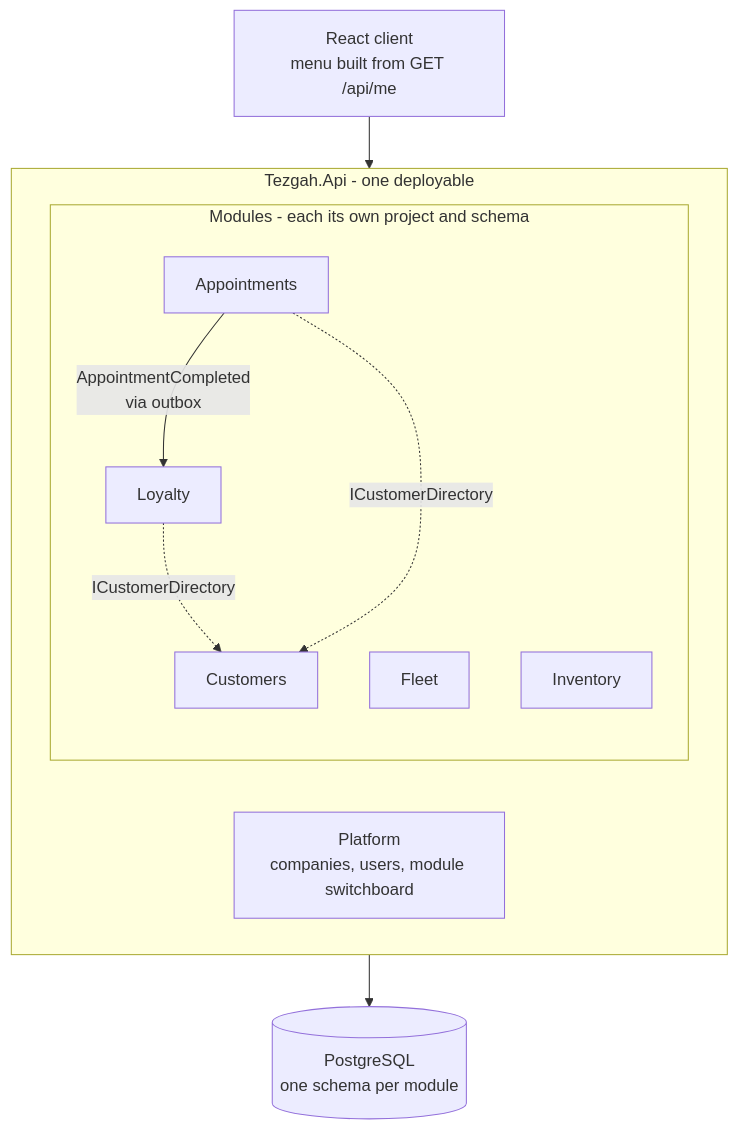
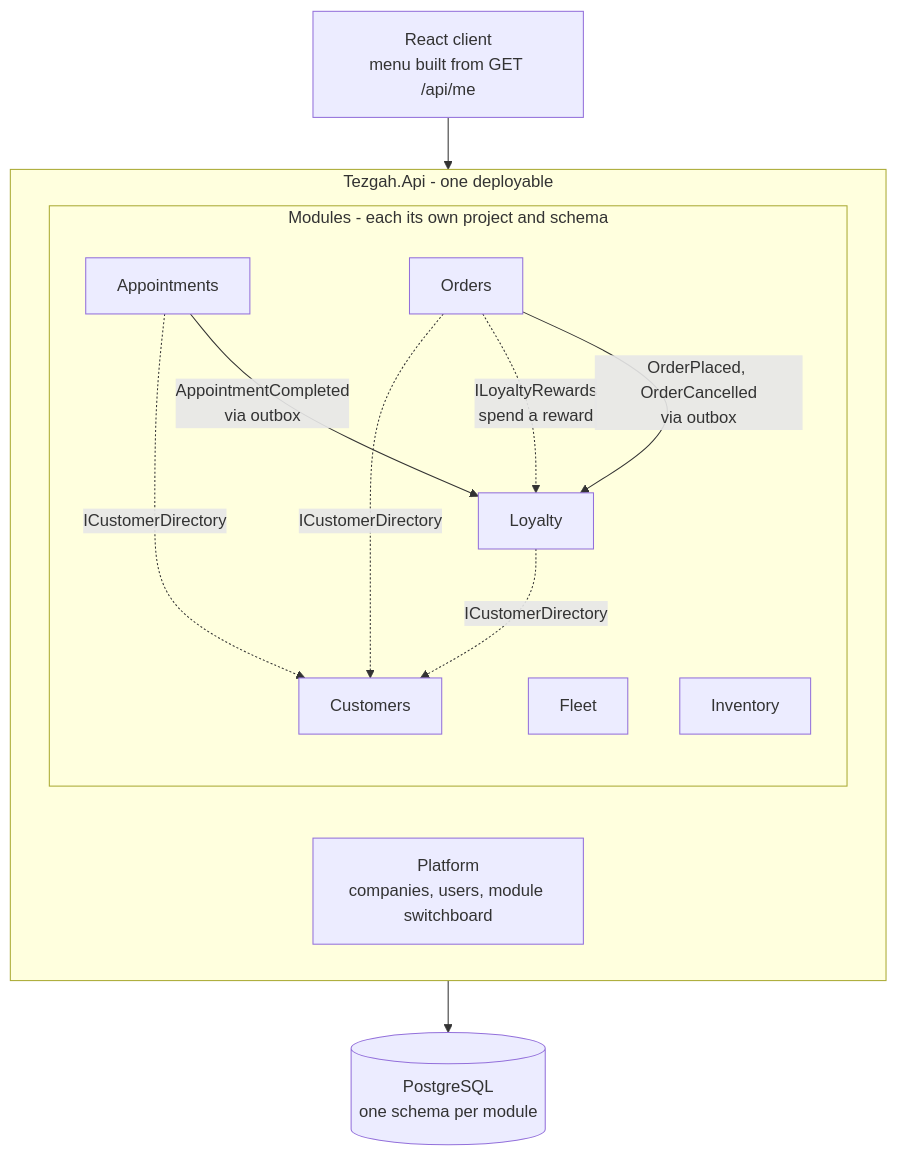
Before and after one commit to emrecanAy/tezgah: the diagram in README.md, drawn with Mermaid. The commit also changed other lines of this file and 2 other files, not shown here.

````diff
--- a/README.md
+++ b/README.md
@@ -76,20 +80,24 @@
 ```mermaid
 flowchart TB
     web[React client<br/>menu built from GET /api/me] --> api
 
     subgraph api[Tezgah.Api - one deployable]
         platform[Platform<br/>companies, users, module switchboard]
         subgraph modules[Modules - each its own project and schema]
             customers[Customers]
             loyalty[Loyalty]
             appointments[Appointments]
             fleet[Fleet]
             inventory[Inventory]
+            orders[Orders]
         end
     end
 
     loyalty -. ICustomerDirectory .-> customers
     appointments -. ICustomerDirectory .-> customers
+    orders -. ICustomerDirectory .-> customers
+    orders -. ILoyaltyRewards<br/>spend a reward .-> loyalty
     appointments -- AppointmentCompleted<br/>via outbox --> loyalty
+    orders -- OrderPlaced, OrderCancelled<br/>via outbox --> loyalty
     api --> pg[(PostgreSQL<br/>one schema per module)]
 ```
````
